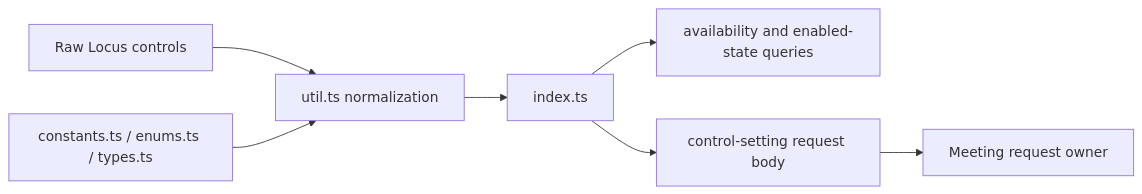
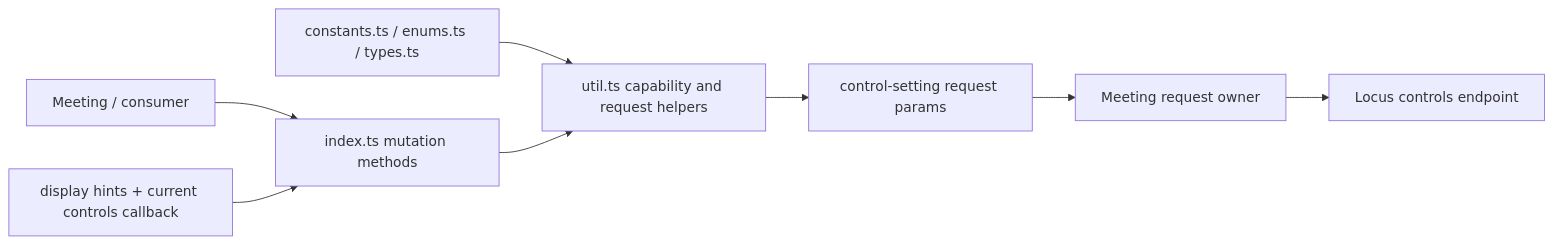
Before and after one commit to webex/webex-js-sdk: the first of 4 diagrams in packages/@webex/plugin-meetings/src/controls-options-manager/ai-docs/controls-options-manager-spec.md, drawn with Mermaid. The commit also changed other lines of this file and 24 other files, not shown here.

````diff
--- a/packages/@webex/plugin-meetings/src/controls-options-manager/ai-docs/controls-options-manager-spec.md
+++ b/packages/@webex/plugin-meetings/src/controls-options-manager/ai-docs/controls-options-manager-spec.md
@@ -102,9 +130,10 @@
 ```mermaid
 flowchart LR
-  Locus[Raw Locus controls] --> Util[util.ts normalization]
-  Util --> Manager[index.ts]
-  Types[constants.ts / enums.ts / types.ts] --> Util
-  Manager --> Query[availability and enabled-state queries]
-  Manager --> Body[control-setting request body]
+  Caller[Meeting / consumer] --> Manager[index.ts mutation methods]
+  Hints[display hints + current controls callback] --> Manager
+  Types[constants.ts / enums.ts / types.ts] --> Util[util.ts capability and request helpers]
+  Manager --> Util
+  Util --> Body[control-setting request params]
   Body --> Parent[Meeting request owner]
+  Parent --> Locus[Locus controls endpoint]
 ```
````
